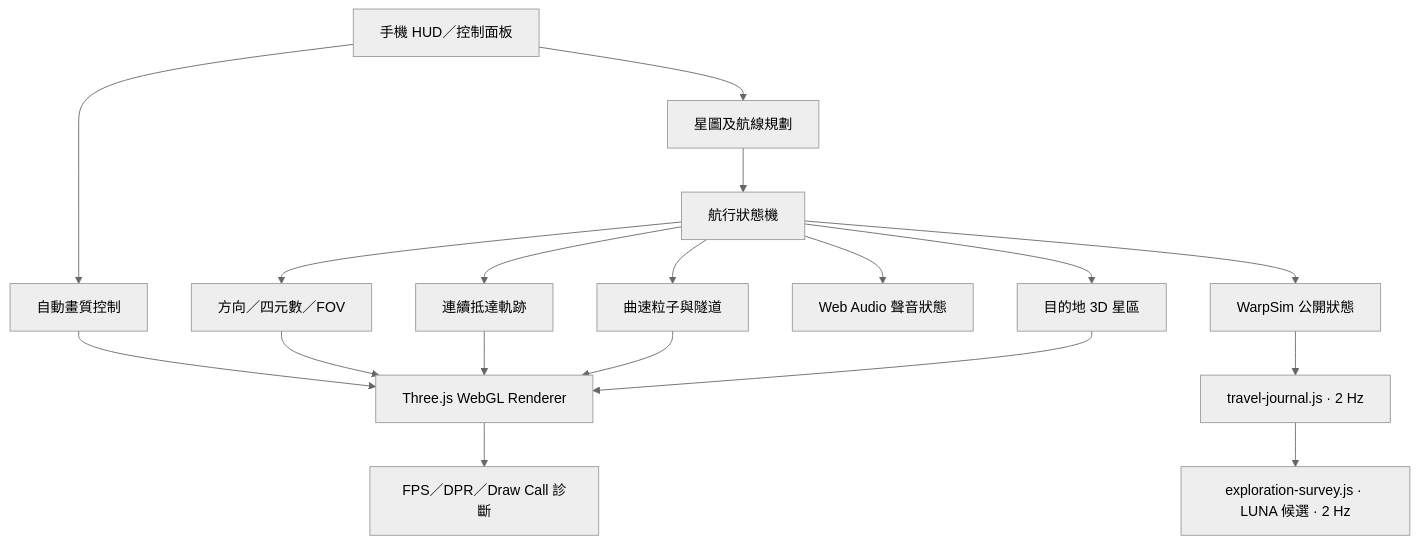
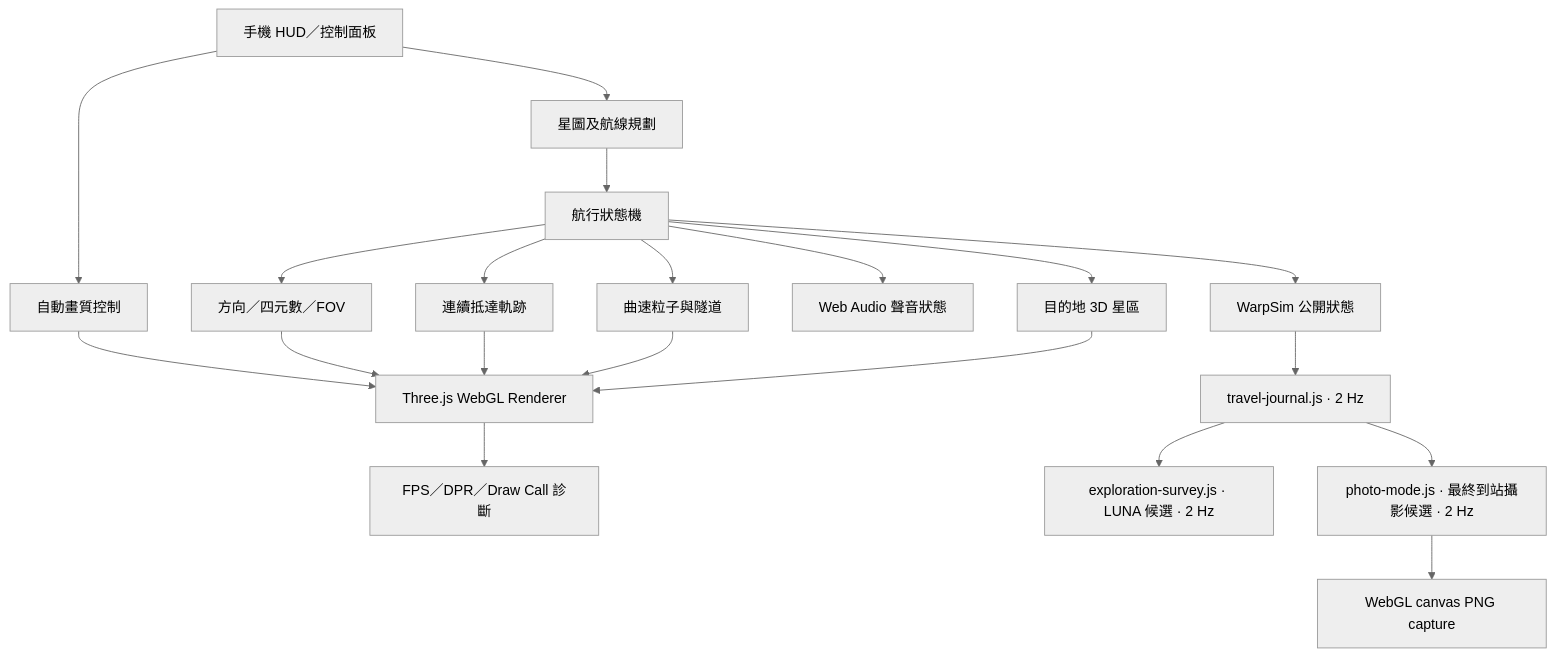
One commit to kenchan-pixel/stellar-wrap changed the diagram in docs/ARCHITECTURE.md. Above: the diagram before and after it, drawn with Mermaid (neutral theme). The commit also changed other lines of this file and 3 other files, not shown here.

Commit message:
docs: define photo mode acceptance

````diff
--- a/docs/ARCHITECTURE.md
+++ b/docs/ARCHITECTURE.md
@@ -19,20 +19,22 @@
 ```mermaid
 flowchart TD
     UI[手機 HUD／控制面板] --> NAV[星圖及航線規劃]
     NAV --> FSM[航行狀態機]
     FSM --> CAMERA[方向／四元數／FOV]
     FSM --> ARRIVAL[連續抵達軌跡]
     FSM --> FX[曲速粒子與隧道]
     FSM --> SYSTEM[目的地 3D 星區]
     FSM --> AUDIO[Web Audio 聲音狀態]
     PERF[自動畫質控制] --> RENDER[Three.js WebGL Renderer]
     CAMERA --> RENDER
     ARRIVAL --> RENDER
     FX --> RENDER
     SYSTEM --> RENDER
     UI --> PERF
     RENDER --> DIAG[FPS／DPR／Draw Call 診斷]
     FSM --> API[WarpSim 公開狀態]
     API --> JOURNAL[travel-journal.js · 2 Hz]
     JOURNAL --> SURVEY[exploration-survey.js · LUNA 候選 · 2 Hz]
+    JOURNAL --> PHOTO[photo-mode.js · 最終到站攝影候選 · 2 Hz]
+    PHOTO --> CANVAS[WebGL canvas PNG capture]
 ```
````
